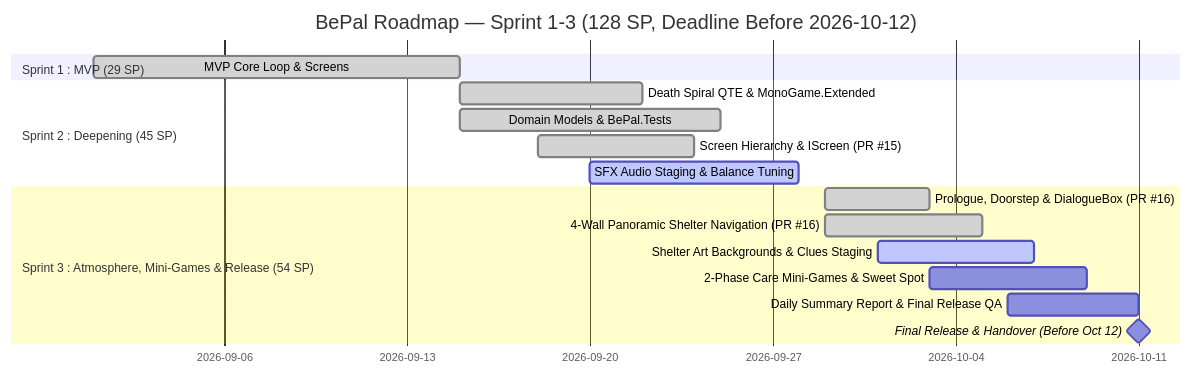
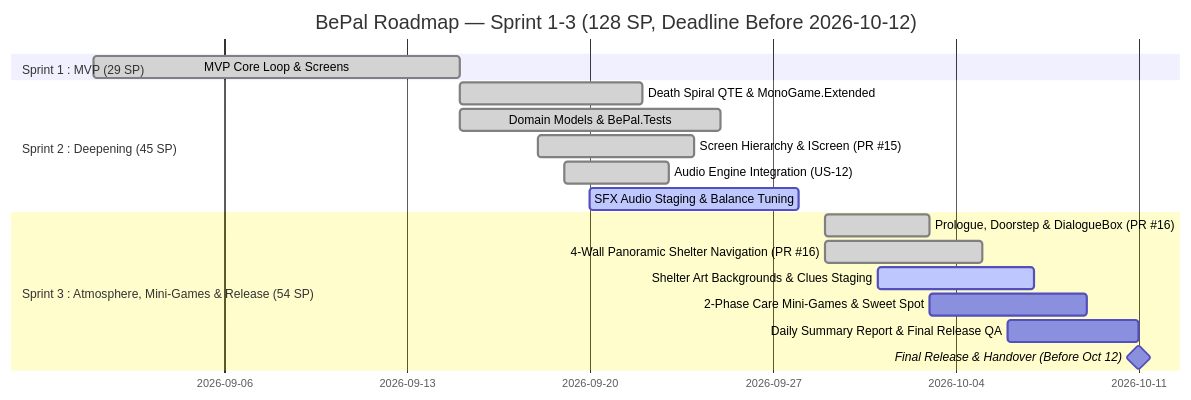
One commit to SShoww/Your-Story changed the diagram in BEPAL/Docs/Agile/02-sprint-backlog.md. Above: the diagram before and after it, drawn with Mermaid. The commit also changed other lines of this file and 23 other files, not shown here.

Commit message:
feat(audio): implement audio engine system with procedural fallback (US-12)

````diff
--- a/BEPAL/Docs/Agile/02-sprint-backlog.md
+++ b/BEPAL/Docs/Agile/02-sprint-backlog.md
@@ -27,19 +27,20 @@
 ```mermaid
 gantt
     title BePal Roadmap — Sprint 1-3 (128 SP, Deadline Before 2026-10-12)
     dateFormat  YYYY-MM-DD
     section Sprint 1 : MVP (29 SP)
     MVP Core Loop & Screens            :done, s1, 2026-09-01, 14d
     section Sprint 2 : Deepening (45 SP)
     Death Spiral QTE & MonoGame.Extended :done, s2_1, 2026-09-15, 7d
     Domain Models & BePal.Tests        :done, s2_2, 2026-09-15, 10d
     Screen Hierarchy & IScreen (PR #15):done, s2_4, 2026-09-18, 6d
+    Audio Engine Integration (US-12)   :done, s2_5, 2026-09-19, 4d
     SFX Audio Staging & Balance Tuning :active, s2_3, 2026-09-20, 8d
     section Sprint 3 : Atmosphere, Mini-Games & Release (54 SP)
     Prologue, Doorstep & DialogueBox (PR #16):done, s3_1, 2026-09-29, 4d
     4-Wall Panoramic Shelter Navigation (PR #16):done, s3_2, 2026-09-29, 6d
     Shelter Art Backgrounds & Clues Staging :active, s3_3, 2026-10-01, 6d
     2-Phase Care Mini-Games & Sweet Spot:s3_4, 2026-10-03, 6d
     Daily Summary Report & Final Release QA:s3_5, 2026-10-06, 5d
     Final Release & Handover (Before Oct 12):milestone, m1, 2026-10-11, 0d
 ```
````
